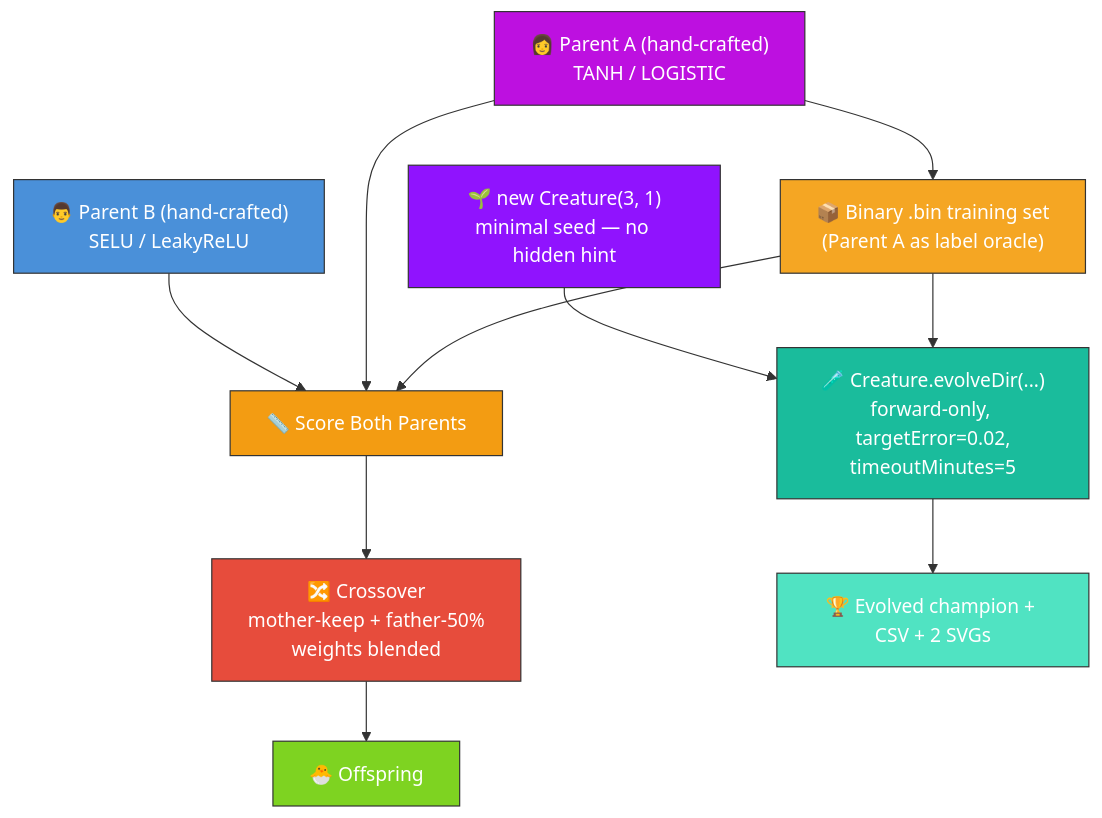
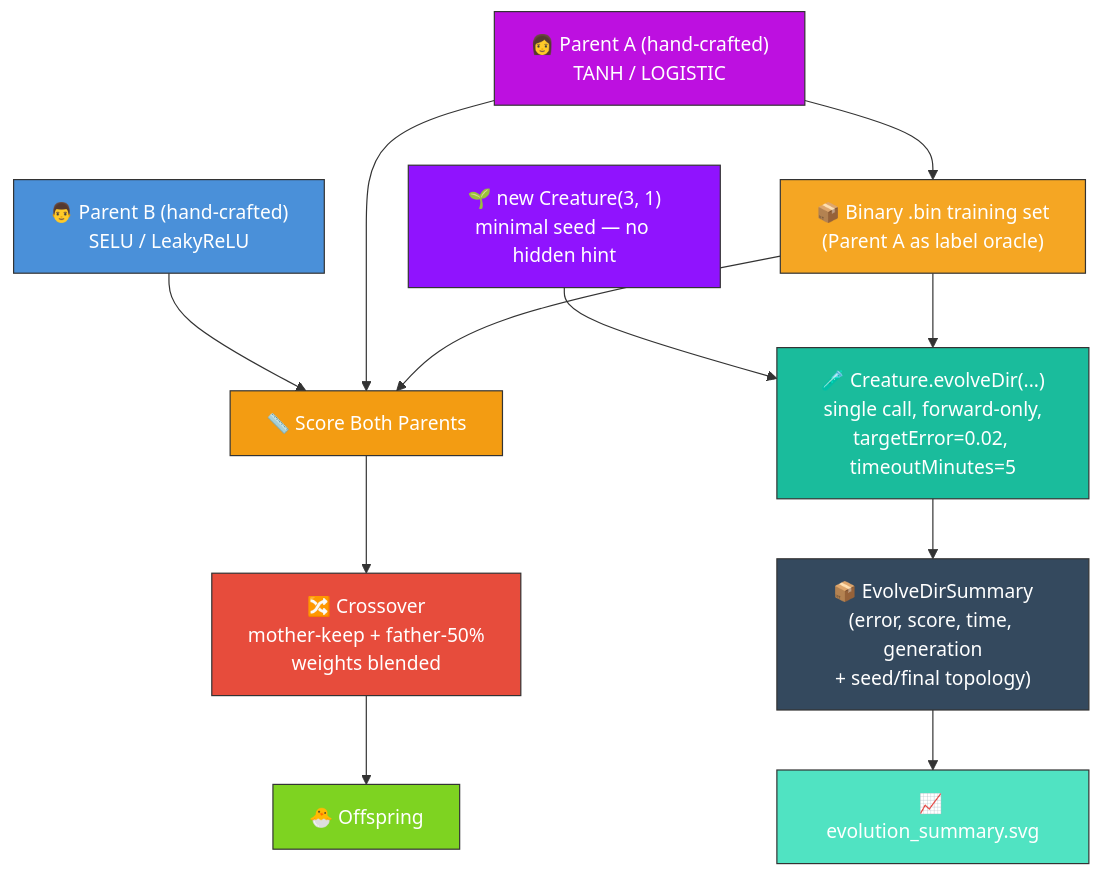
The diagram in crossover/README.md (stSoftwareAU/NEAT-AI-Examples), drawn with Mermaid before and after one commit. The commit also changed other lines of this file and 23 other files, not shown here.

````diff
--- a/crossover/README.md
+++ b/crossover/README.md
@@ -9,32 +15,35 @@
 ```mermaid
 flowchart TD
     PA["👩 Parent A (hand-crafted)<br/>TANH / LOGISTIC"]
     PB["👨 Parent B (hand-crafted)<br/>SELU / LeakyReLU"]
     DATA["📦 Binary .bin training set<br/>(Parent A as label oracle)"]
     SCORE["📏 Score Both Parents"]
     CROSS["🔀 Crossover<br/>mother-keep + father-50%<br/>weights blended"]
     OFF["🐣 Offspring"]
     SEED["🌱 new Creature(3, 1)<br/>minimal seed — no hidden hint"]
-    EVO["🧪 Creature.evolveDir(...)<br/>forward-only, targetError=0.02,<br/>timeoutMinutes=5"]
-    OUT["🏆 Evolved champion + CSV + 2 SVGs"]
+    EVO["🧪 Creature.evolveDir(...)<br/>single call, forward-only,<br/>targetError=0.02, timeoutMinutes=5"]
+    SUMMARY["📦 EvolveDirSummary<br/>(error, score, time, generation<br/>+ seed/final topology)"]
+    OUT["📈 evolution_summary.svg"]
 
     PA --> DATA
     DATA --> SCORE
     PA --> SCORE
     PB --> SCORE
     SCORE --> CROSS
     CROSS --> OFF
     DATA --> EVO
     SEED --> EVO
-    EVO --> OUT
+    EVO --> SUMMARY
+    SUMMARY --> OUT
 
     style PA fill:#bd10e0,stroke:#333,color:#fff
     style PB fill:#4a90d9,stroke:#333,color:#fff
     style DATA fill:#f5a623,stroke:#333,color:#fff
     style SCORE fill:#f39c12,stroke:#333,color:#fff
     style CROSS fill:#e74c3c,stroke:#333,color:#fff
     style OFF fill:#7ed321,stroke:#333,color:#fff
     style SEED fill:#9013fe,stroke:#333,color:#fff
     style EVO fill:#1abc9c,stroke:#333,color:#fff
+    style SUMMARY fill:#34495e,stroke:#333,color:#fff
     style OUT fill:#50e3c2,stroke:#333,color:#fff
 ```
````
